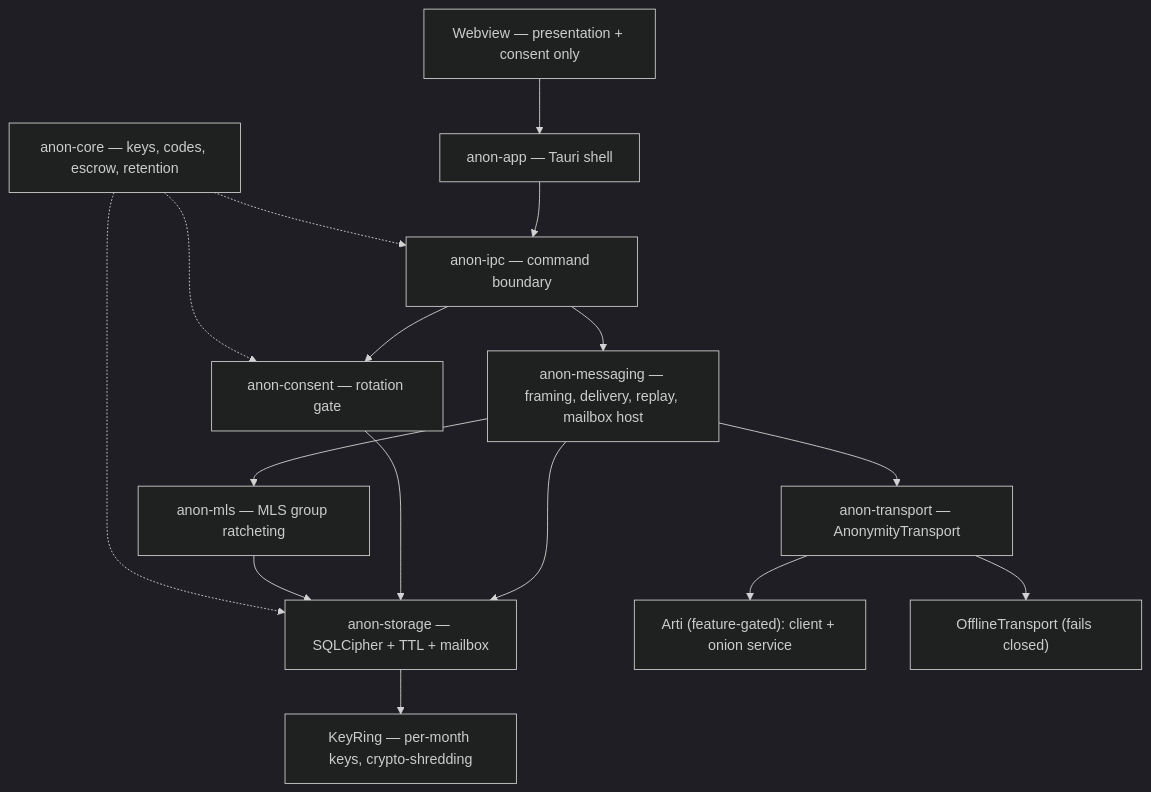
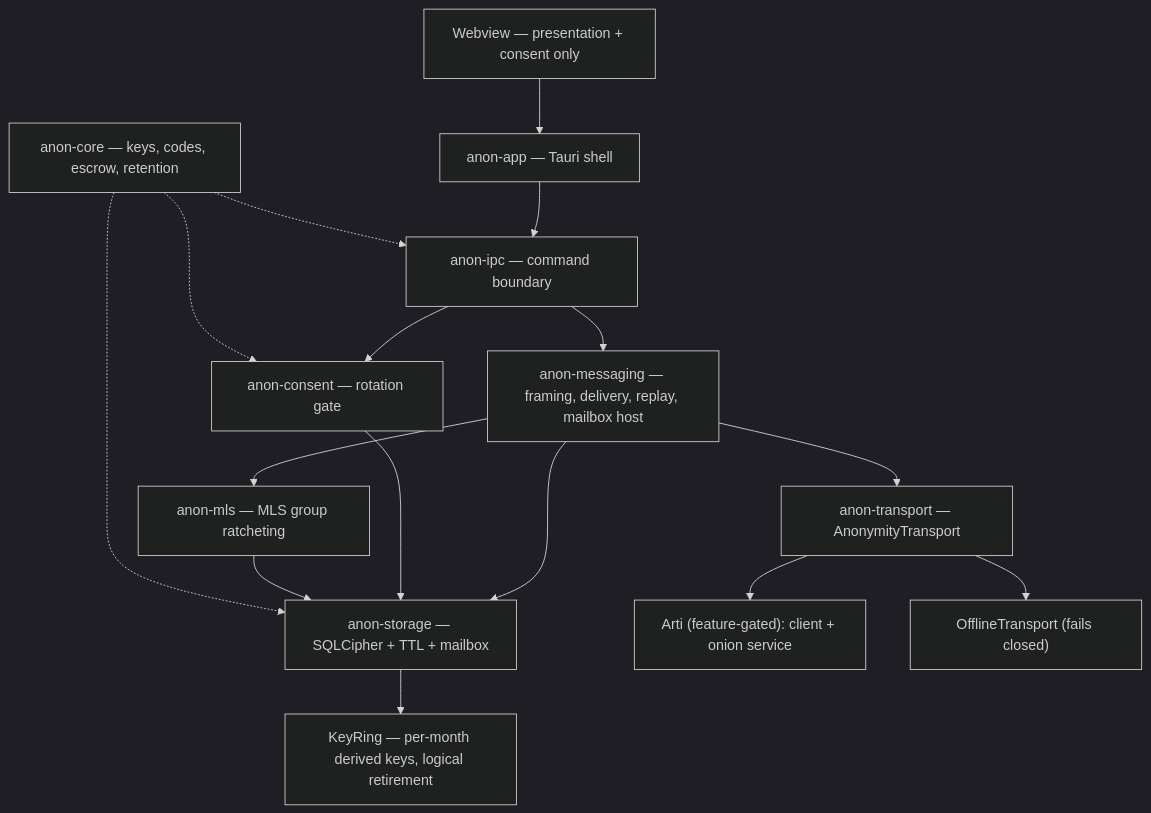
The diagram in README.md (JaredCH/Tornel), drawn with Mermaid (dark theme) before and after one commit. The commit also changed other lines of this file and 22 other files, not shown here.

````diff
--- a/README.md
+++ b/README.md
@@ -86,18 +180,18 @@
 ```mermaid
 flowchart TB
   UI["Webview — presentation + consent only"] --> APP["anon-app — Tauri shell"]
   APP --> IPC["anon-ipc — command boundary"]
     IPC --> MSG["anon-messaging — framing, delivery, replay, mailbox host"]
   IPC --> CON["anon-consent — rotation gate"]
     MSG --> MLS["anon-mls — MLS group ratcheting"]
     MSG --> TR["anon-transport — AnonymityTransport"]
     MSG --> ST["anon-storage — SQLCipher + TTL + mailbox"]
     CON --> ST
     MLS --> ST
     TR --> ART["Arti (feature-gated): client + onion service"]
     TR --> OFF["OfflineTransport (fails closed)"]
-    ST --> KR["KeyRing — per-month keys, crypto-shredding"]
+    ST --> KR["KeyRing — per-month derived keys, logical retirement"]
     CORE["anon-core — keys, codes, escrow, retention"] -.-> ST
     CORE -.-> CON
     CORE -.-> IPC
   ```
````
